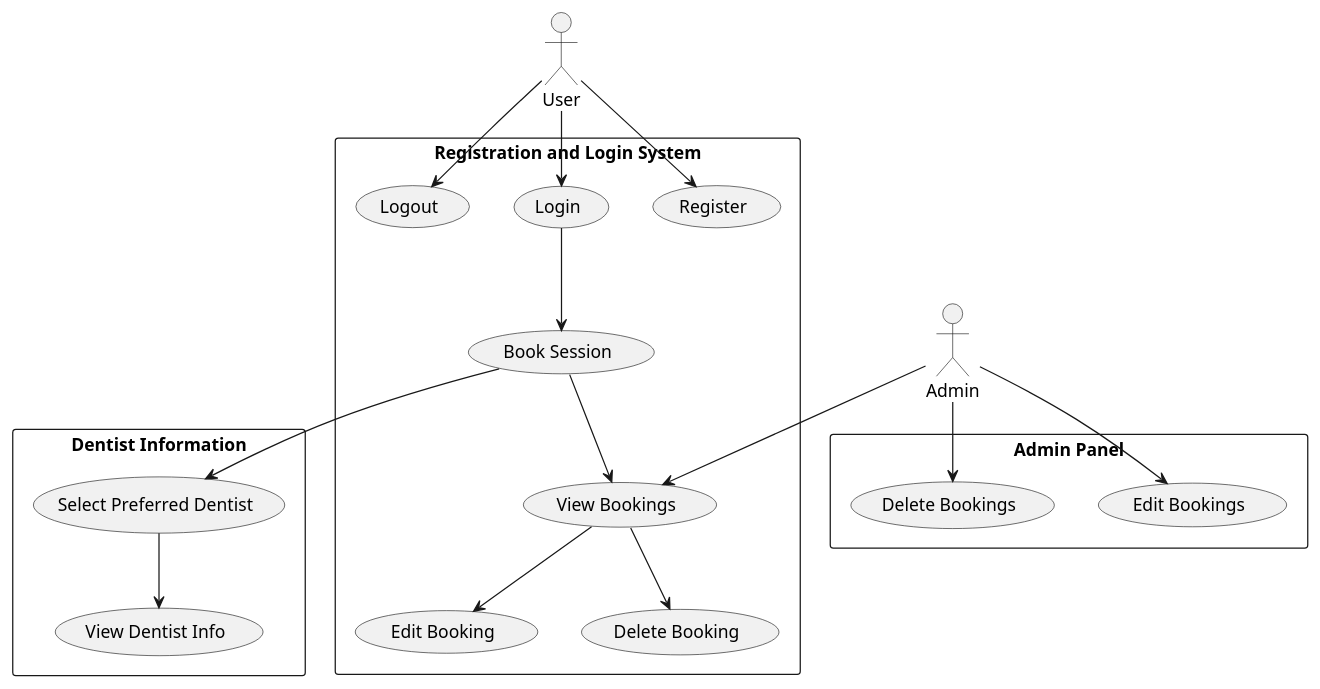
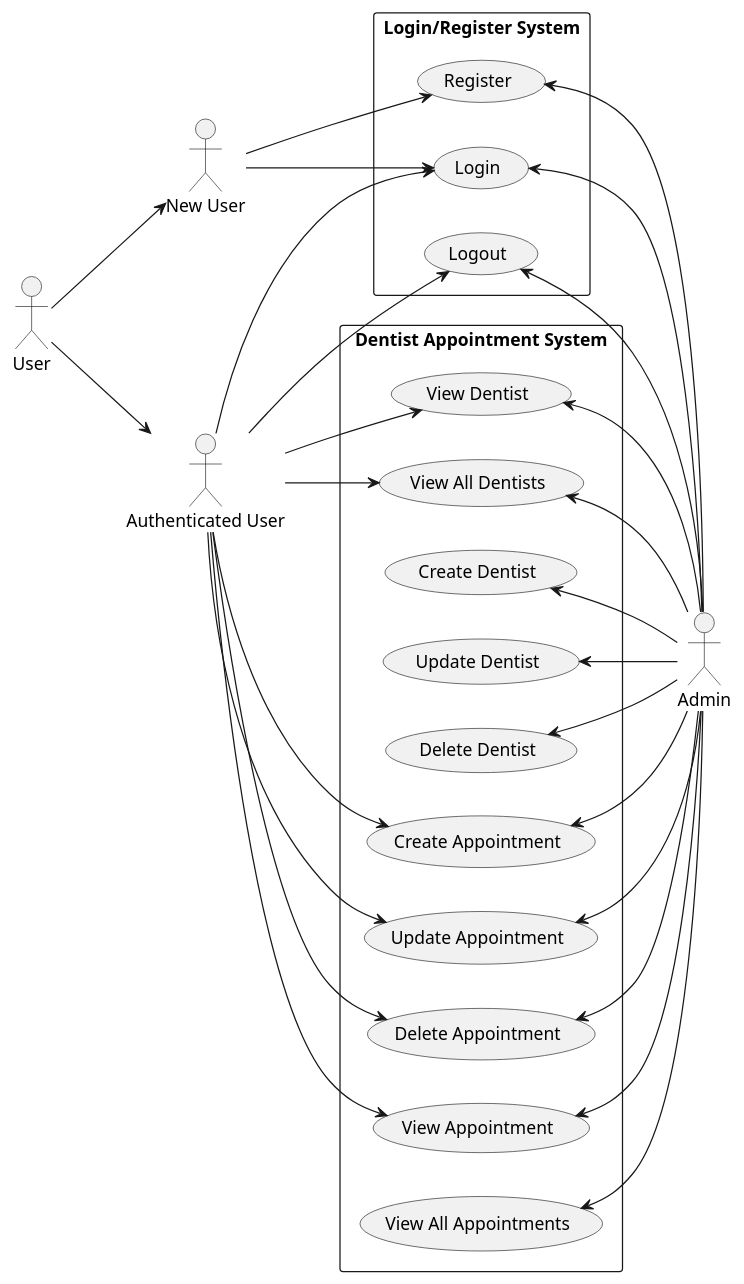
Before and after one commit to PatMSK/SWdevprac-project: the diagram in plantuml/usecase.puml, drawn with PlantUML. The commit also changed 3 other files, not shown here.

Commit message:
update diagram 4

```diff
--- a/plantuml/usecase.puml
+++ b/plantuml/usecase.puml
@@ -1,27 +1,65 @@
 @startuml
-actor "User" as User
-actor "Admin" as Admin
+left to right direction
 
-rectangle "Registration and Login System" {
-  User --> (Register)
-  User --> (Login)
-  User --> (Logout)
-  
-  (Login) --> (Book Session)
-  (Book Session) --> (View Bookings)
-  (View Bookings) --> (Edit Booking)
-  (View Bookings) --> (Delete Booking)
+actor User
+actor "New User" as NewUser
+actor "Authenticated User" as AuthUser
+actor Admin
+
+rectangle "Login/Register System" {
+    (Register) as UC_Register
+    (Login) as UC_Login
+    (Logout) as UC_Logout
 }
 
-rectangle "Admin Panel" {
-  Admin --> (View Bookings)
-  Admin --> (Edit Bookings)
-  Admin --> (Delete Bookings)
+rectangle "Dentist Appointment System" {
+    
+    
+    (View Dentist) as UC_ViewDentist
+    (View All Dentists) as UC_ViewAllDentists
+    (Create Dentist) as UC_CreateDentist
+    (Update Dentist) as UC_UpdateDentist
+    (Delete Dentist) as UC_DeleteDentist
+    
+
+    (Create Appointment) as UC_CreateAppt
+    (Update Appointment) as UC_UpdateAppt
+    (Delete Appointment) as UC_DeleteAppt
+    (View Appointment) as UC_ViewAppt
+    (View All Appointments) as UC_ViewAllAppt
 }
 
-rectangle "Dentist Information" {
-  (Book Session) --> (Select Preferred Dentist)
-  (Select Preferred Dentist) --> (View Dentist Info)
-}
+User --> NewUser
+User --> AuthUser
+
+NewUser --> UC_Register
+NewUser --> UC_Login
+
+
+AuthUser --> UC_ViewDentist
+AuthUser --> UC_CreateAppt
+AuthUser --> UC_UpdateAppt
+AuthUser --> UC_DeleteAppt
+AuthUser --> UC_ViewAppt
+AuthUser --> UC_Logout
+AuthUser --> UC_ViewAllDentists
+AuthUser --> UC_Login
+
+
+' Put admin on right by reversing the arrows
+UC_CreateDentist <-- Admin
+UC_UpdateDentist <-- Admin
+UC_DeleteDentist <-- Admin
+UC_ViewDentist <-- Admin
+UC_ViewAllDentists <-- Admin
+UC_CreateAppt <-- Admin
+UC_UpdateAppt <-- Admin
+UC_DeleteAppt <-- Admin
+UC_ViewAppt <-- Admin
+UC_ViewAllAppt <-- Admin
+UC_Logout <-- Admin
+UC_Login <-- Admin
+UC_Register <-- Admin
+
 
 @enduml
```
